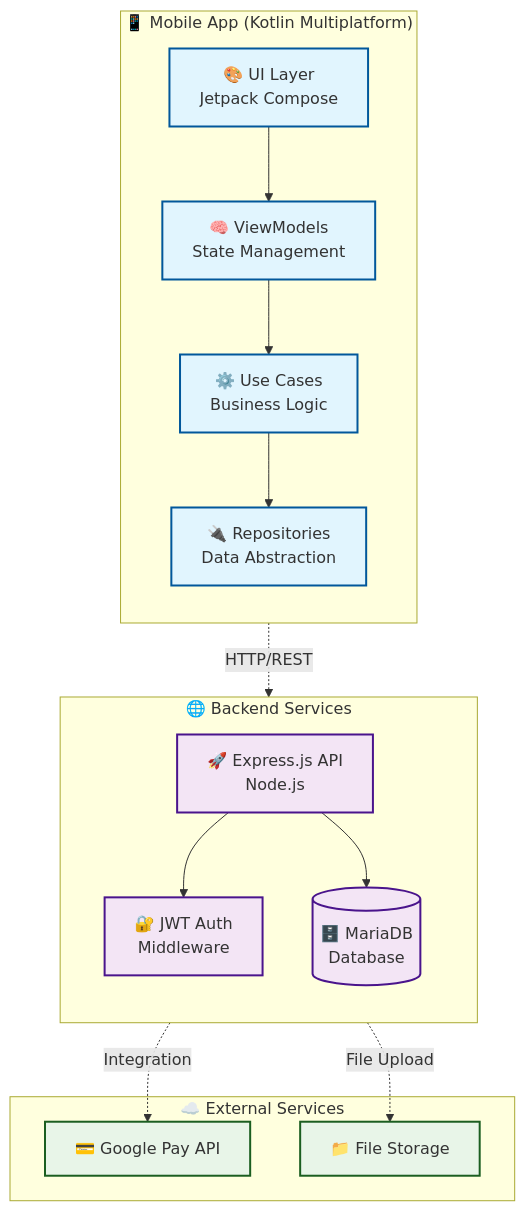
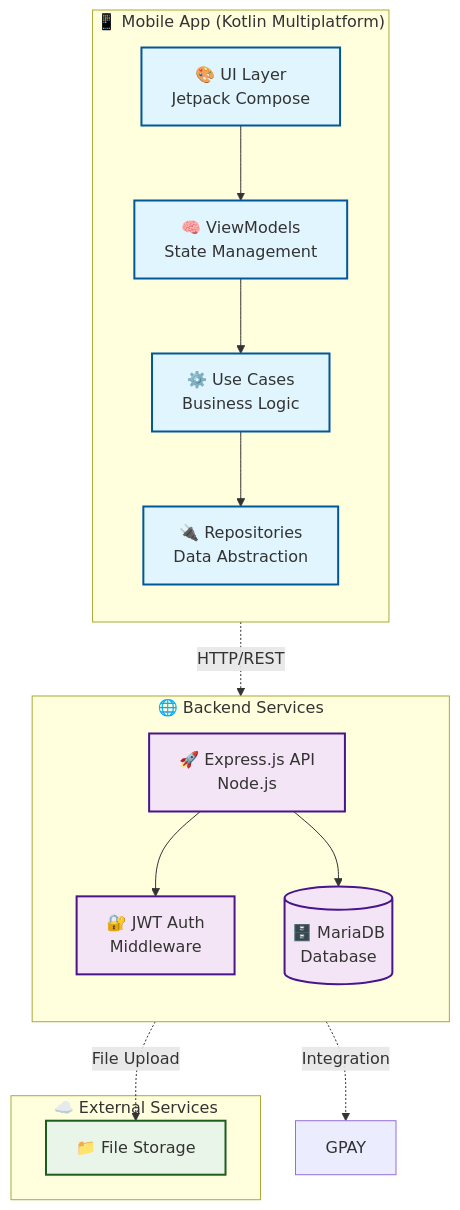
Before and after one commit to asobrados03/HumanPerformMobileApp: the first of 5 diagrams in README.md, drawn with Mermaid.

````diff
--- a/README.md
+++ b/README.md
@@ -49,41 +49,40 @@
 ```mermaid
 graph TB
     subgraph "📱 Mobile App (Kotlin Multiplatform)"
         direction TB
         UI[🎨 UI Layer<br/>Jetpack Compose]
         VM[🧠 ViewModels<br/>State Management]
         UC[⚙️ Use Cases<br/>Business Logic]
         REPO[🔌 Repositories<br/>Data Abstraction]
         
         UI --> VM
         VM --> UC
         UC --> REPO
     end
     
     subgraph "🌐 Backend Services"
         direction TB
         API[🚀 Express.js API<br/>Node.js]
         AUTH[🔐 JWT Auth<br/>Middleware]
         DB[(🗄️ MariaDB<br/>Database)]
         
         API --> AUTH
         API --> DB
     end
     
     subgraph "☁️ External Services"
-        GPAY[💳 Google Pay API]
         STORAGE[📁 File Storage]
     end
     
     REPO -.->|HTTP/REST| API
     API -.->|Integration| GPAY
     API -.->|File Upload| STORAGE
     
     classDef mobileLayer fill:#e1f5fe,stroke:#01579b,stroke-width:2px
     classDef backendLayer fill:#f3e5f5,stroke:#4a148c,stroke-width:2px
     classDef externalLayer fill:#e8f5e8,stroke:#1b5e20,stroke-width:2px
     
     class UI,VM,UC,REPO mobileLayer
     class API,AUTH,DB backendLayer
-    class GPAY,STORAGE externalLayer
+    class STORAGE externalLayer
 ```
````
